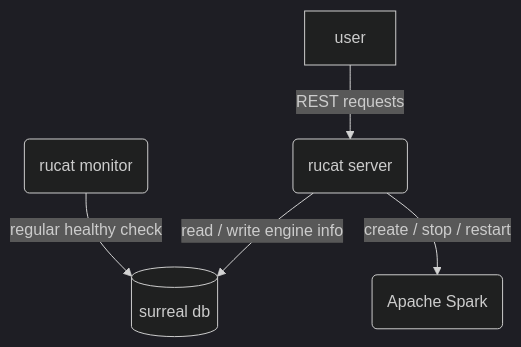
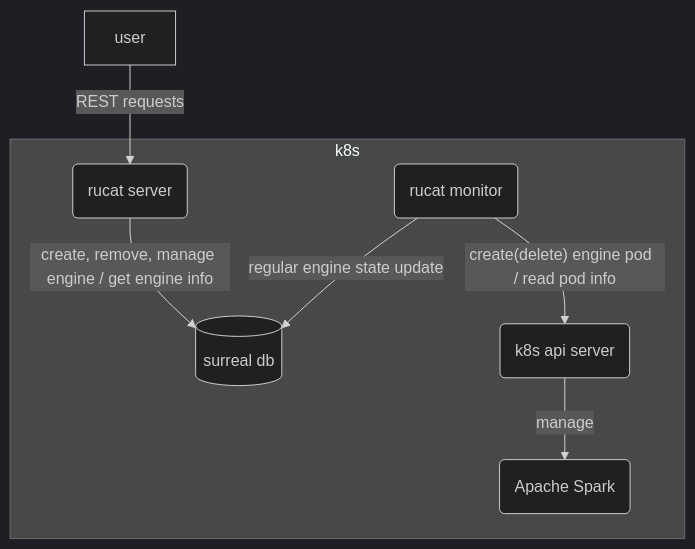
Before and after one commit to HaoYang670/rucat: the first of 2 diagrams in README.md, drawn with Mermaid (dark theme). The commit also changed other lines of this file, not shown here.

Commit message:
update diagrams

````diff
--- a/README.md
+++ b/README.md
@@ -7,11 +7,16 @@
 ```mermaid
 flowchart
     server(rucat server)
     spark(Apache Spark)
     monitor(rucat monitor)
+    k8s-api(k8s api server)
     db[(surreal db)]
     user -- REST requests --> server
-    monitor -- regular healthy check --> db
-    server -- read / write engine info --> db
-    server -- create / stop / restart --> spark
+
+    subgraph k8s
+    server -- create, remove, manage engine / get engine info --> db
+    monitor -- regular engine state update --> db
+    monitor -- create(delete) engine pod  / read pod info --> k8s-api
+    k8s-api -- manage --> spark
+    end
 ```
````
